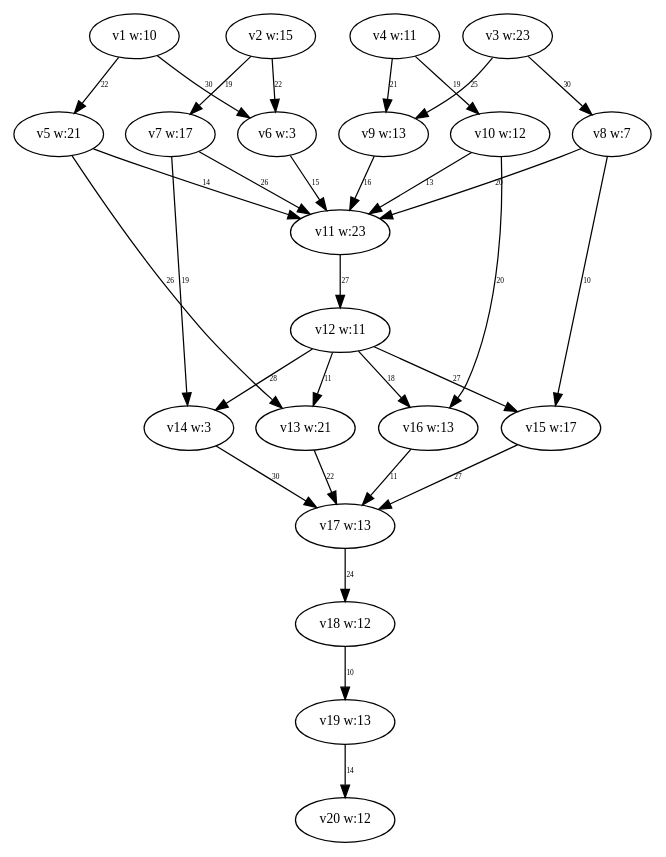
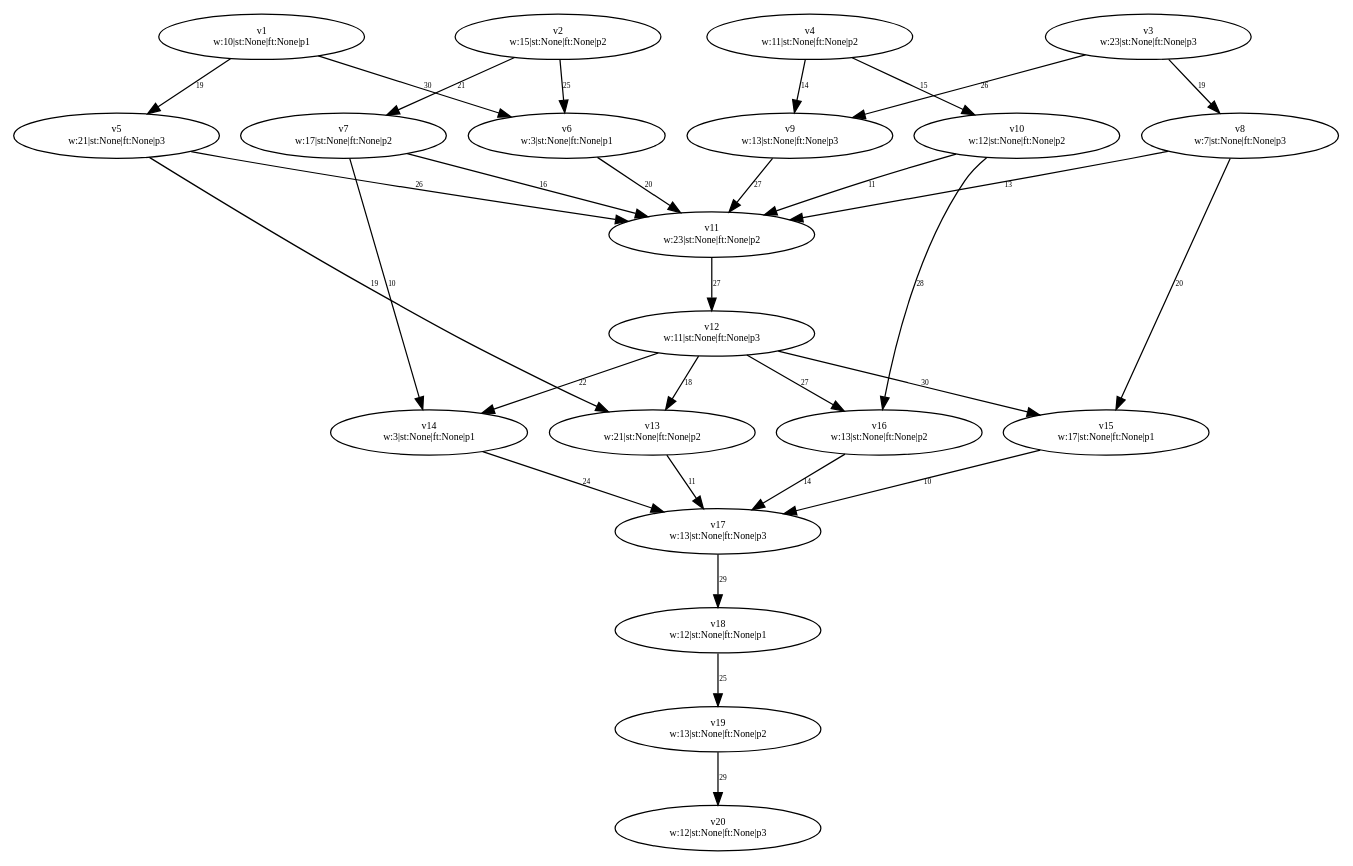
One commit to dexters1/Task-Scheduling-Based-on-Genetic-Algorithms changed the diagram in PythonApplication1/PythonApplication1/test-output/slika_9.gv. Above: the diagram before and after it, drawn with Graphviz. The commit also changed 51 other files, not shown here.

```diff
--- a/PythonApplication1/PythonApplication1/test-output/slika_9.gv
+++ b/PythonApplication1/PythonApplication1/test-output/slika_9.gv
@@ -1,52 +1,72 @@
 digraph {
-	v1 [label="v1 w:10" fontsize=11.0]
-	v2 [label="v2 w:15" fontsize=11.0]
-	v3 [label="v3 w:23" fontsize=11.0]
-	v4 [label="v4 w:11" fontsize=11.0]
-	v5 [label="v5 w:21" fontsize=11.0]
-	v6 [label="v6 w:3" fontsize=11.0]
-	v7 [label="v7 w:17" fontsize=11.0]
-	v8 [label="v8 w:7" fontsize=11.0]
-	v9 [label="v9 w:13" fontsize=11.0]
-	v10 [label="v10 w:12" fontsize=11.0]
-	v11 [label="v11 w:23" fontsize=11.0]
-	v12 [label="v12 w:11" fontsize=11.0]
-	v13 [label="v13 w:21" fontsize=11.0]
-	v14 [label="v14 w:3" fontsize=11.0]
-	v15 [label="v15 w:17" fontsize=11.0]
-	v16 [label="v16 w:13" fontsize=11.0]
-	v17 [label="v17 w:13" fontsize=11.0]
-	v18 [label="v18 w:12" fontsize=11.0]
-	v19 [label="v19 w:13" fontsize=11.0]
-	v20 [label="v20 w:12" fontsize=11.0]
-	v1 -> v5 [label=22 constraint=true fontsize=6.0]
+	v1 [label="v1
+w:10|st:None|ft:None|p1" fontsize=8.0]
+	v2 [label="v2
+w:15|st:None|ft:None|p2" fontsize=8.0]
+	v3 [label="v3
+w:23|st:None|ft:None|p3" fontsize=8.0]
+	v4 [label="v4
+w:11|st:None|ft:None|p2" fontsize=8.0]
+	v5 [label="v5
+w:21|st:None|ft:None|p3" fontsize=8.0]
+	v6 [label="v6
+w:3|st:None|ft:None|p1" fontsize=8.0]
+	v7 [label="v7
+w:17|st:None|ft:None|p2" fontsize=8.0]
+	v8 [label="v8
+w:7|st:None|ft:None|p3" fontsize=8.0]
+	v9 [label="v9
+w:13|st:None|ft:None|p3" fontsize=8.0]
+	v10 [label="v10
+w:12|st:None|ft:None|p2" fontsize=8.0]
+	v11 [label="v11
+w:23|st:None|ft:None|p2" fontsize=8.0]
+	v12 [label="v12
+w:11|st:None|ft:None|p3" fontsize=8.0]
+	v13 [label="v13
+w:21|st:None|ft:None|p2" fontsize=8.0]
+	v14 [label="v14
+w:3|st:None|ft:None|p1" fontsize=8.0]
+	v15 [label="v15
+w:17|st:None|ft:None|p1" fontsize=8.0]
+	v16 [label="v16
+w:13|st:None|ft:None|p2" fontsize=8.0]
+	v17 [label="v17
+w:13|st:None|ft:None|p3" fontsize=8.0]
+	v18 [label="v18
+w:12|st:None|ft:None|p1" fontsize=8.0]
+	v19 [label="v19
+w:13|st:None|ft:None|p2" fontsize=8.0]
+	v20 [label="v20
+w:12|st:None|ft:None|p3" fontsize=8.0]
+	v1 -> v5 [label=19 constraint=true fontsize=6.0]
 	v1 -> v6 [label=30 constraint=true fontsize=6.0]
-	v2 -> v6 [label=22 constraint=true fontsize=6.0]
-	v2 -> v7 [label=19 constraint=true fontsize=6.0]
-	v3 -> v8 [label=30 constraint=true fontsize=6.0]
-	v3 -> v9 [label=25 constraint=true fontsize=6.0]
-	v4 -> v9 [label=21 constraint=true fontsize=6.0]
-	v4 -> v10 [label=19 constraint=true fontsize=6.0]
-	v5 -> v13 [label=26 constraint=true fontsize=6.0]
-	v5 -> v11 [label=14 constraint=true fontsize=6.0]
-	v6 -> v11 [label=15 constraint=true fontsize=6.0]
-	v7 -> v14 [label=19 constraint=true fontsize=6.0]
-	v7 -> v11 [label=26 constraint=true fontsize=6.0]
-	v8 -> v11 [label=20 constraint=true fontsize=6.0]
-	v8 -> v15 [label=10 constraint=true fontsize=6.0]
-	v9 -> v11 [label=16 constraint=true fontsize=6.0]
-	v10 -> v11 [label=13 constraint=true fontsize=6.0]
-	v10 -> v16 [label=20 constraint=true fontsize=6.0]
+	v2 -> v6 [label=25 constraint=true fontsize=6.0]
+	v2 -> v7 [label=21 constraint=true fontsize=6.0]
+	v3 -> v8 [label=19 constraint=true fontsize=6.0]
+	v3 -> v9 [label=26 constraint=true fontsize=6.0]
+	v4 -> v9 [label=14 constraint=true fontsize=6.0]
+	v4 -> v10 [label=15 constraint=true fontsize=6.0]
+	v5 -> v13 [label=19 constraint=true fontsize=6.0]
+	v5 -> v11 [label=26 constraint=true fontsize=6.0]
+	v6 -> v11 [label=20 constraint=true fontsize=6.0]
+	v7 -> v14 [label=10 constraint=true fontsize=6.0]
+	v7 -> v11 [label=16 constraint=true fontsize=6.0]
+	v8 -> v11 [label=13 constraint=true fontsize=6.0]
+	v8 -> v15 [label=20 constraint=true fontsize=6.0]
+	v9 -> v11 [label=27 constraint=true fontsize=6.0]
+	v10 -> v11 [label=11 constraint=true fontsize=6.0]
+	v10 -> v16 [label=28 constraint=true fontsize=6.0]
 	v11 -> v12 [label=27 constraint=true fontsize=6.0]
-	v12 -> v13 [label=11 constraint=true fontsize=6.0]
-	v12 -> v14 [label=28 constraint=true fontsize=6.0]
-	v12 -> v15 [label=27 constraint=true fontsize=6.0]
-	v12 -> v16 [label=18 constraint=true fontsize=6.0]
-	v13 -> v17 [label=22 constraint=true fontsize=6.0]
-	v14 -> v17 [label=30 constraint=true fontsize=6.0]
-	v15 -> v17 [label=27 constraint=true fontsize=6.0]
-	v16 -> v17 [label=11 constraint=true fontsize=6.0]
-	v17 -> v18 [label=24 constraint=true fontsize=6.0]
-	v18 -> v19 [label=10 constraint=true fontsize=6.0]
-	v19 -> v20 [label=14 constraint=true fontsize=6.0]
+	v12 -> v13 [label=18 constraint=true fontsize=6.0]
+	v12 -> v14 [label=22 constraint=true fontsize=6.0]
+	v12 -> v15 [label=30 constraint=true fontsize=6.0]
+	v12 -> v16 [label=27 constraint=true fontsize=6.0]
+	v13 -> v17 [label=11 constraint=true fontsize=6.0]
+	v14 -> v17 [label=24 constraint=true fontsize=6.0]
+	v15 -> v17 [label=10 constraint=true fontsize=6.0]
+	v16 -> v17 [label=14 constraint=true fontsize=6.0]
+	v17 -> v18 [label=29 constraint=true fontsize=6.0]
+	v18 -> v19 [label=25 constraint=true fontsize=6.0]
+	v19 -> v20 [label=29 constraint=true fontsize=6.0]
 }
```
